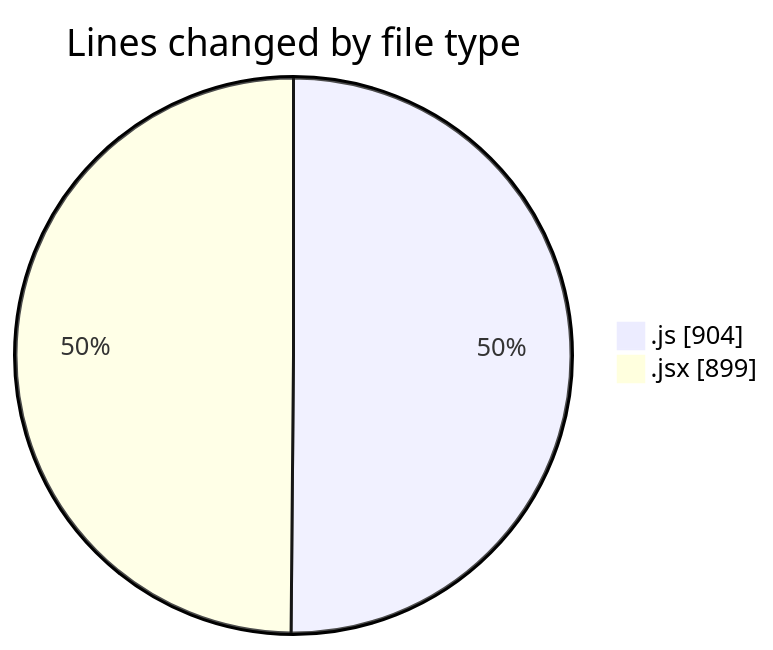
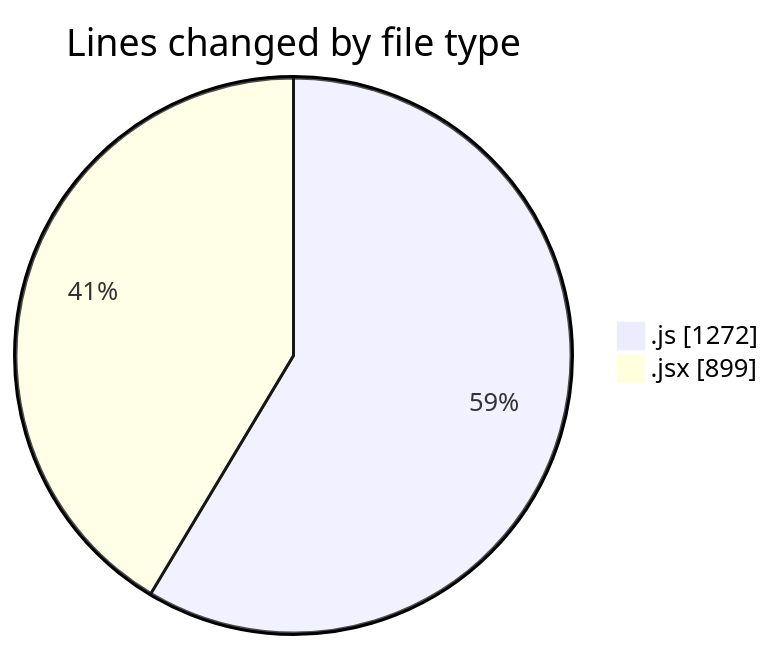
Before and after one commit to nxtqubesakshisongat/code-tracking: the first of 2 diagrams in 2025-11-09/nxtqube_webapp/README.md, drawn with Mermaid. The commit also changed other lines of this file and 1 other file, not shown here.

````diff
--- a/2025-11-09/nxtqube_webapp/README.md
+++ b/2025-11-09/nxtqube_webapp/README.md
@@ -28,6 +29,6 @@
 ```mermaid
 pie showData
 title Lines changed by file type
-".js" : 904
+".js" : 1272
 ".jsx" : 899
 ```
````
